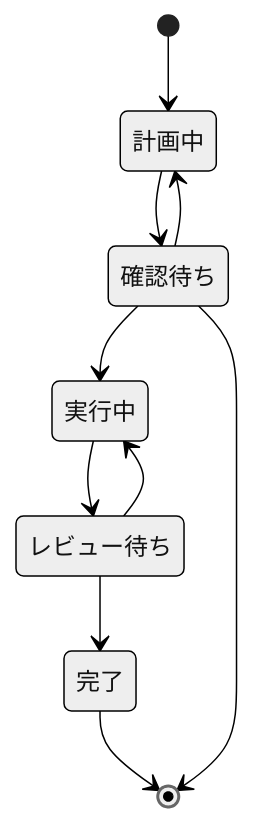
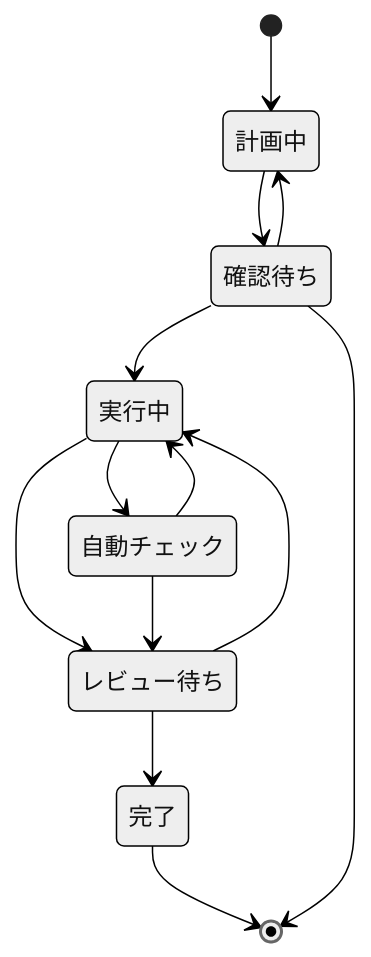
The diagram in docs/modeling/task.md (jinopapo/nami), drawn with Mermaid (neutral theme) before and after one commit. The commit also changed other lines of this file and 10 other files, not shown here.

````diff
--- a/docs/modeling/task.md
+++ b/docs/modeling/task.md
@@ -7,12 +7,15 @@
 ```mermaid
 stateDiagram-v2
     [*] --> 計画中
     計画中 --> 確認待ち
     確認待ち --> 計画中
     確認待ち --> 実行中
     実行中 --> レビュー待ち
+    実行中 --> 自動チェック
+    自動チェック --> レビュー待ち
+    自動チェック --> 実行中
     レビュー待ち --> 完了
     レビュー待ち --> 実行中
     完了 --> [*]
     確認待ち --> [*]
 ```
````
